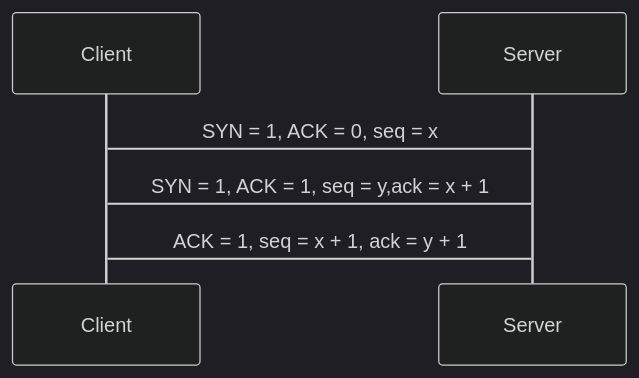
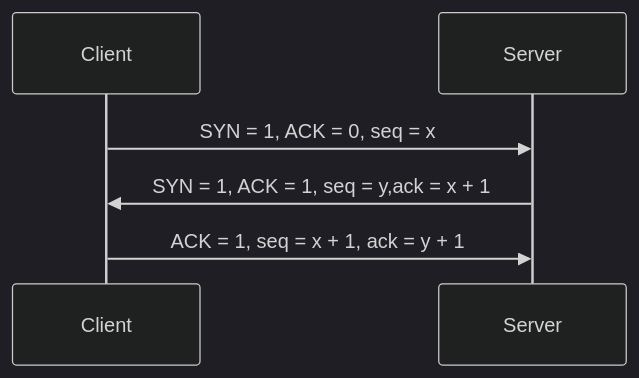
Before and after one commit to goasleep/NoteBook: the first of 2 diagrams in network/计算机网络基础/传输层/TCP.md, drawn with Mermaid (dark theme). The commit also changed other lines of this file and 7 other files, not shown here.

````diff
--- a/network/计算机网络基础/传输层/TCP.md
+++ b/network/计算机网络基础/传输层/TCP.md
@@ -29,6 +54,6 @@
 ``` mermaid
 sequenceDiagram
-    Client -> Server:SYN = 1, ACK = 0, seq = x
-    Server -> Client:SYN = 1, ACK = 1, seq = y,ack = x + 1
-    Client -> Server:ACK = 1, seq = x + 1, ack = y + 1
+    Client ->> Server:SYN = 1, ACK = 0, seq = x
+    Server ->> Client:SYN = 1, ACK = 1, seq = y,ack = x + 1
+    Client ->> Server:ACK = 1, seq = x + 1, ack = y + 1
 ```
````
